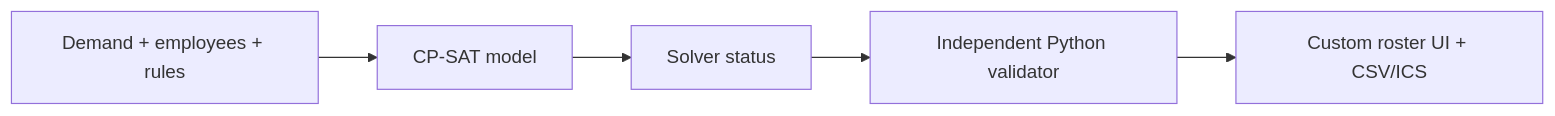
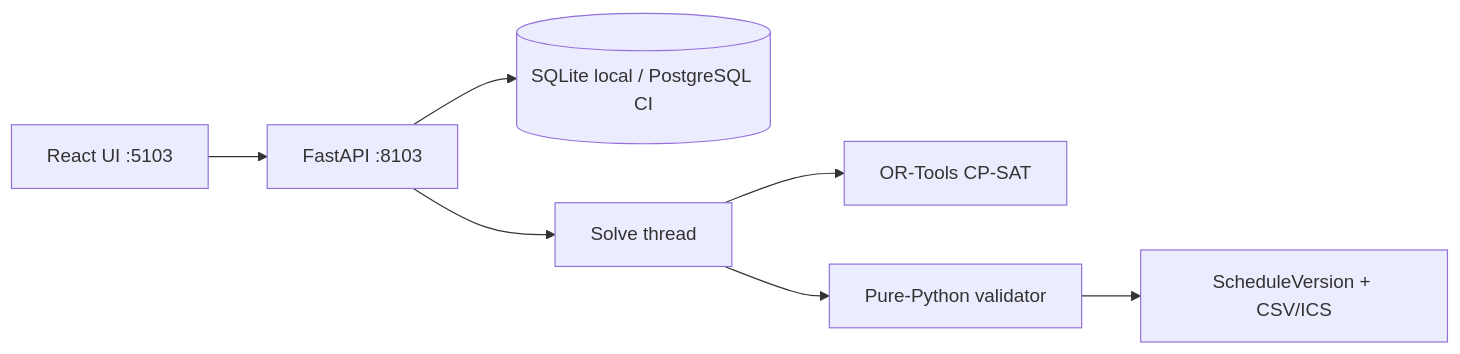
One commit to hasanhuseyinyetkiner/workforce-optimizer changed the first of 2 diagrams in README.md. Above: the diagram before and after it, drawn with Mermaid. The commit also changed other lines of this file and 22 other files, not shown here.

First line of the commit message:
﻿docs: add solver benchmark and clarify custom roster UI

````diff
--- a/README.md
+++ b/README.md
@@ -103,7 +107,9 @@
 ```mermaid
 flowchart LR
-  D[Demand + employees + rules] --> M[CP-SAT model]
-  M --> S[Solver status]
-  S --> V[Independent Python validator]
-  V --> UI[Custom roster UI + CSV/ICS]
+  UI[React UI :5103] --> API[FastAPI :8103]
+  API --> DB[(SQLite local / PostgreSQL CI)]
+  API --> Worker[Solve thread]
+  Worker --> CPSAT[OR-Tools CP-SAT]
+  Worker --> Val[Pure-Python validator]
+  Val --> Sched[ScheduleVersion + CSV/ICS]
 ```
````
